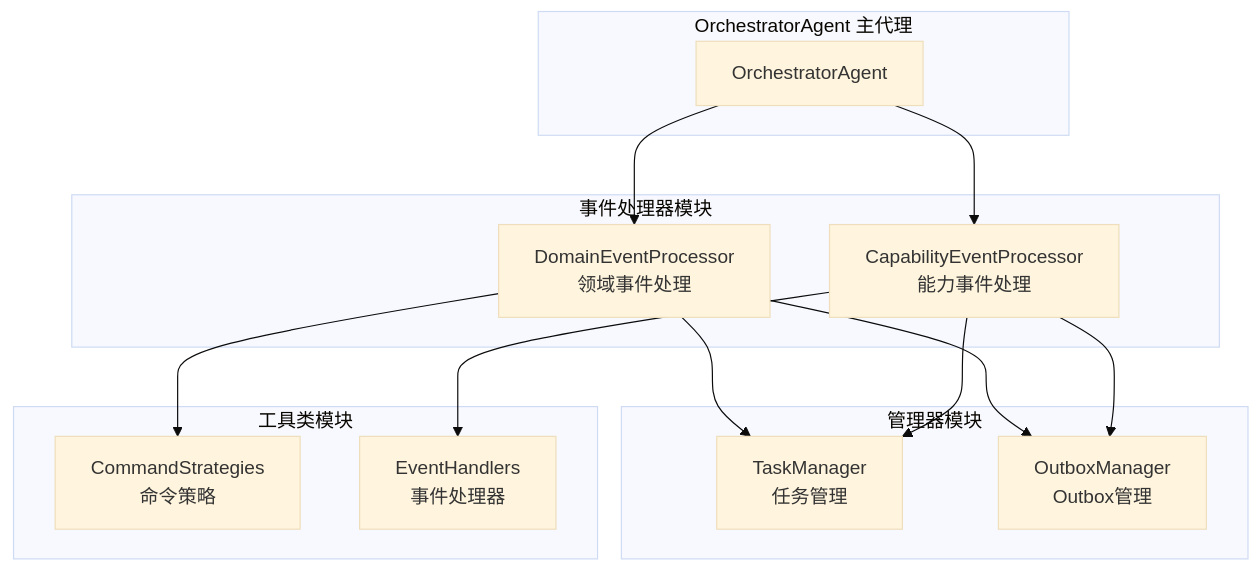
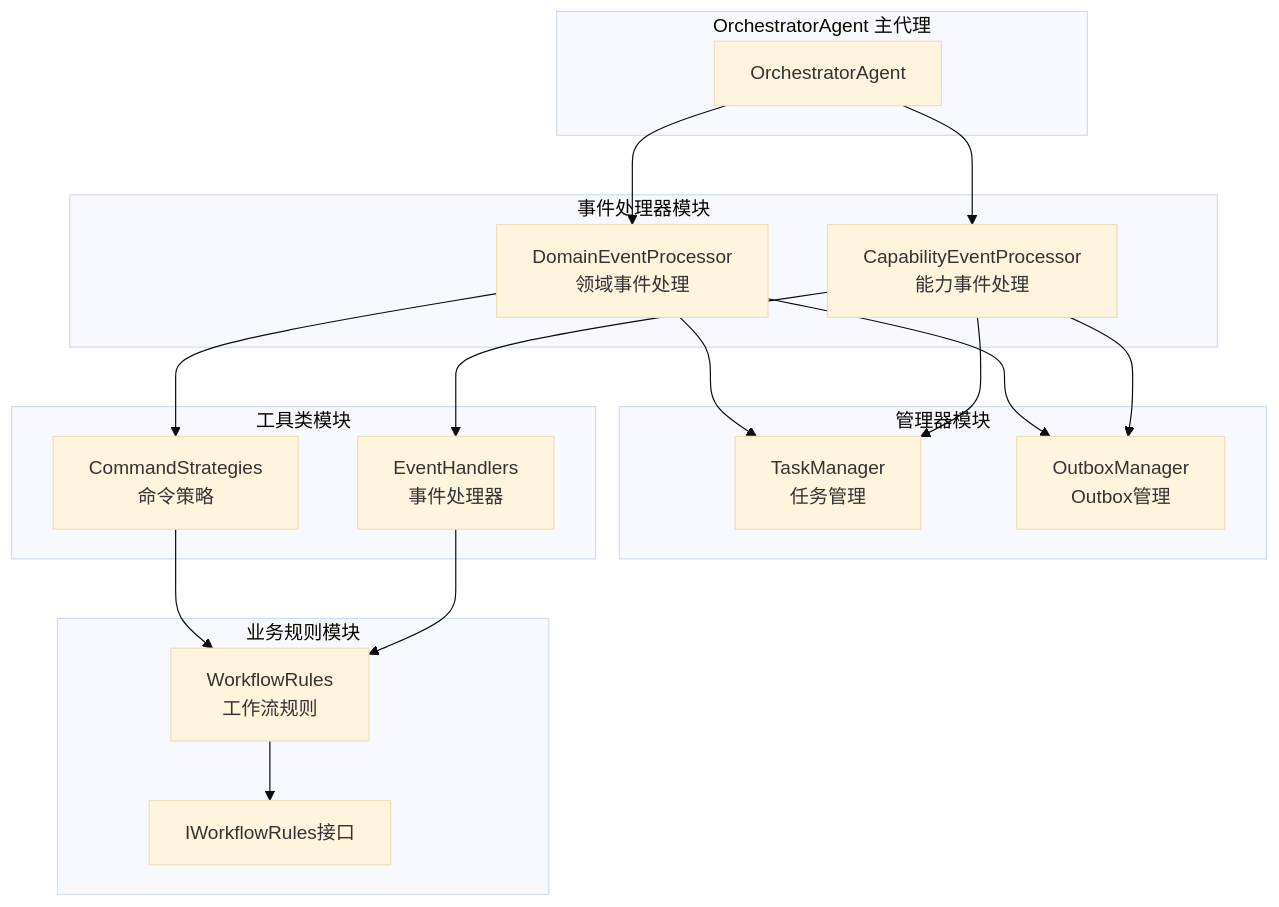
Before and after one commit to zhiyue/infinite-scribe: the fifth of 38 diagrams in apps/backend/src/agents/orchestrator/README.md, drawn with Mermaid (base theme). The commit also changed other lines of this file and 1 other file, not shown here.

````diff
--- a/apps/backend/src/agents/orchestrator/README.md
+++ b/apps/backend/src/agents/orchestrator/README.md
@@ -144,30 +189,38 @@
 ```mermaid
 graph TB
     subgraph "OrchestratorAgent 主代理"
         A[OrchestratorAgent]
     end
     
     subgraph "事件处理器模块"
         B[DomainEventProcessor<br/>领域事件处理]
         C[CapabilityEventProcessor<br/>能力事件处理]
     end
     
     subgraph "管理器模块"
         D[TaskManager<br/>任务管理]
         E[OutboxManager<br/>Outbox管理]
     end
     
     subgraph "工具类模块"
         F[CommandStrategies<br/>命令策略]
         G[EventHandlers<br/>事件处理器]
     end
     
+    subgraph "业务规则模块"
+        H[WorkflowRules<br/>工作流规则]
+        I[IWorkflowRules接口]
+    end
+    
     A --> B
     A --> C
     B --> F
     C --> G
     B --> D
     B --> E
     C --> D
     C --> E
+    F --> H
+    G --> H
+    H --> I
 ```
````
